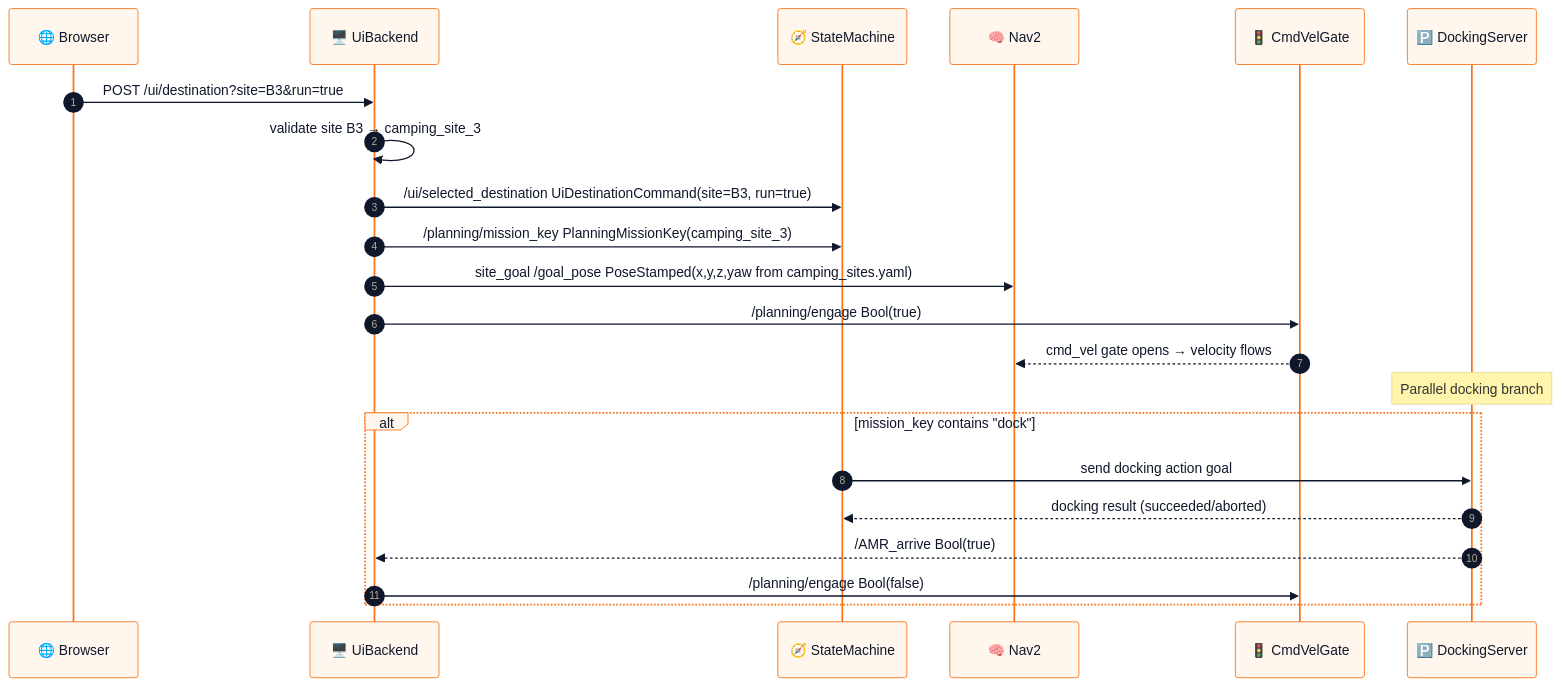
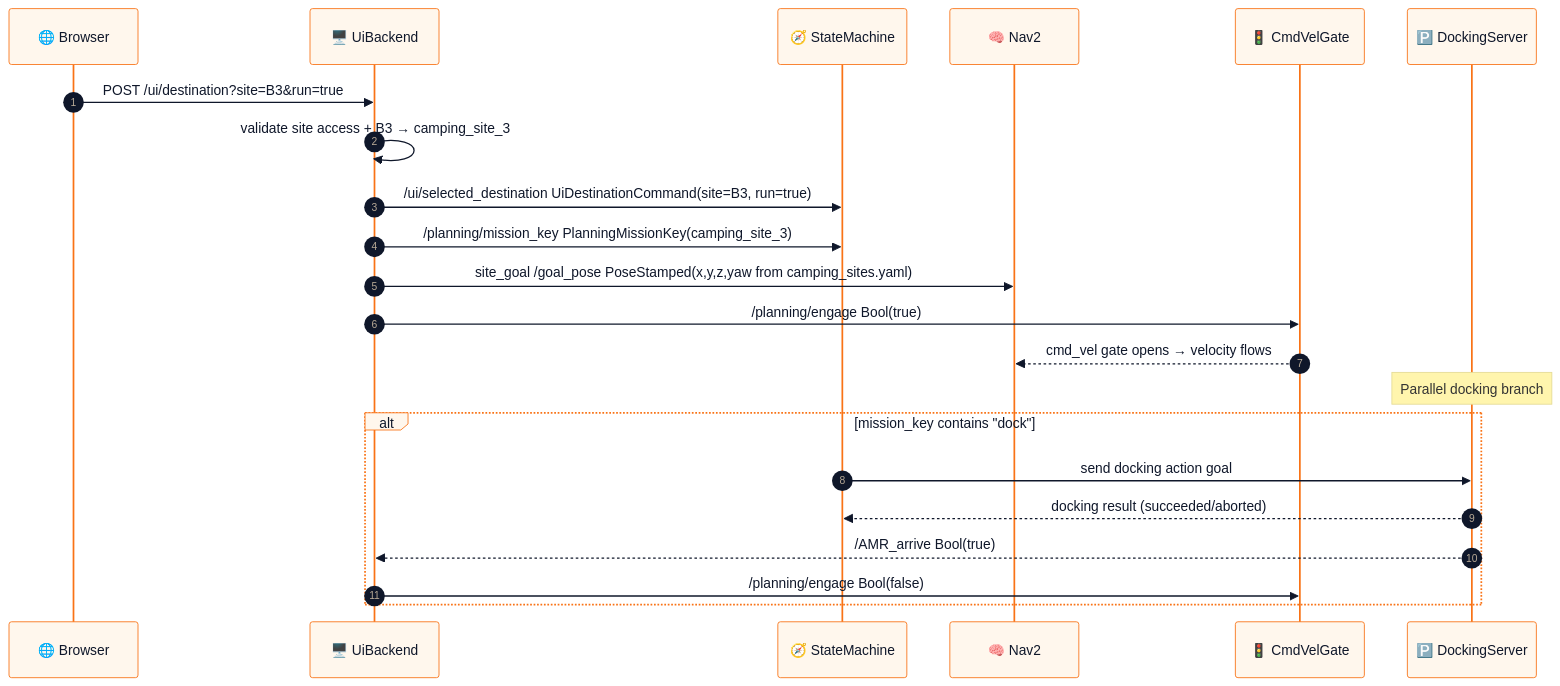
One commit to hwanhonglee/CAMROD changed the third of 5 diagrams in camrod_ui/README.md. Above: the diagram before and after it, drawn with Mermaid. The commit also changed other lines of this file and 6 other files, not shown here.

First line of the commit message:
docs: v1.15 README sync — obstacle replan, site access, parking phase, map profile

````diff
--- a/camrod_ui/README.md
+++ b/camrod_ui/README.md
@@ -123,27 +127,27 @@
 ```mermaid
 %%{init: {'theme': 'base', 'themeVariables': {'fontFamily': 'ui-sans-serif, system-ui, sans-serif', 'fontSize': '14px', 'primaryColor': '#FFF7ED', 'primaryTextColor': '#0F172A', 'primaryBorderColor': '#F97316', 'lineColor': '#475569'}}}%%
 sequenceDiagram
   autonumber
   participant Browser as 🌐 Browser
   participant Backend as 🖥️ UiBackend
   participant SM as 🧭 StateMachine
   participant Nav2 as 🧠 Nav2
   participant Gate as 🚦 CmdVelGate
   participant Dock as 🅿️ DockingServer
 
   Browser->>Backend: POST /ui/destination?site=B3&run=true
-  Backend->>Backend: validate site B3 → camping_site_3
+  Backend->>Backend: validate site access + B3 → camping_site_3
   Backend->>SM: /ui/selected_destination UiDestinationCommand(site=B3, run=true)
   Backend->>SM: /planning/mission_key PlanningMissionKey(camping_site_3)
   Backend->>Nav2: site_goal /goal_pose PoseStamped(x,y,z,yaw from camping_sites.yaml)
   Backend->>Gate: /planning/engage Bool(true)
   Gate-->>Nav2: cmd_vel gate opens → velocity flows
 
   Note over Dock: Parallel docking branch
   alt mission_key contains "dock"
     SM->>Dock: send docking action goal
     Dock-->>SM: docking result (succeeded/aborted)
     Dock-->>Backend: /AMR_arrive Bool(true)
     Backend->>Gate: /planning/engage Bool(false)
   end
 ```
````
